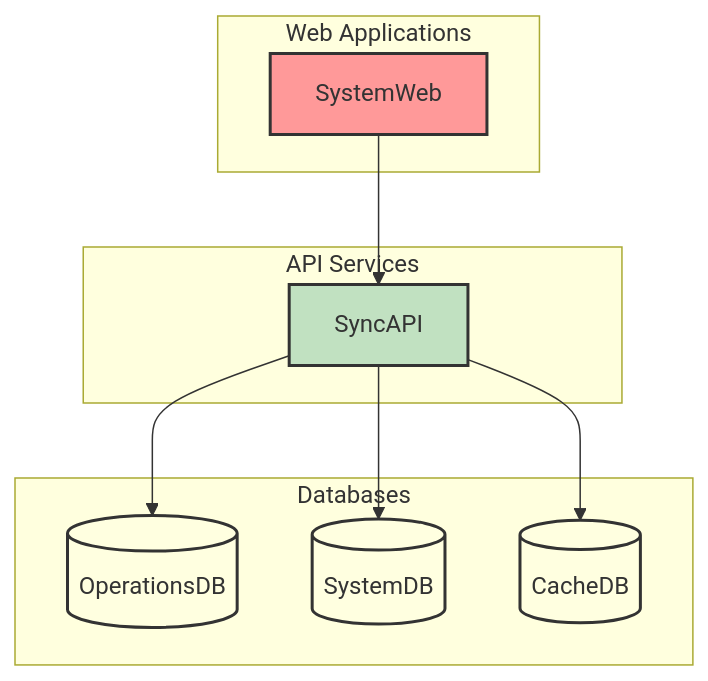
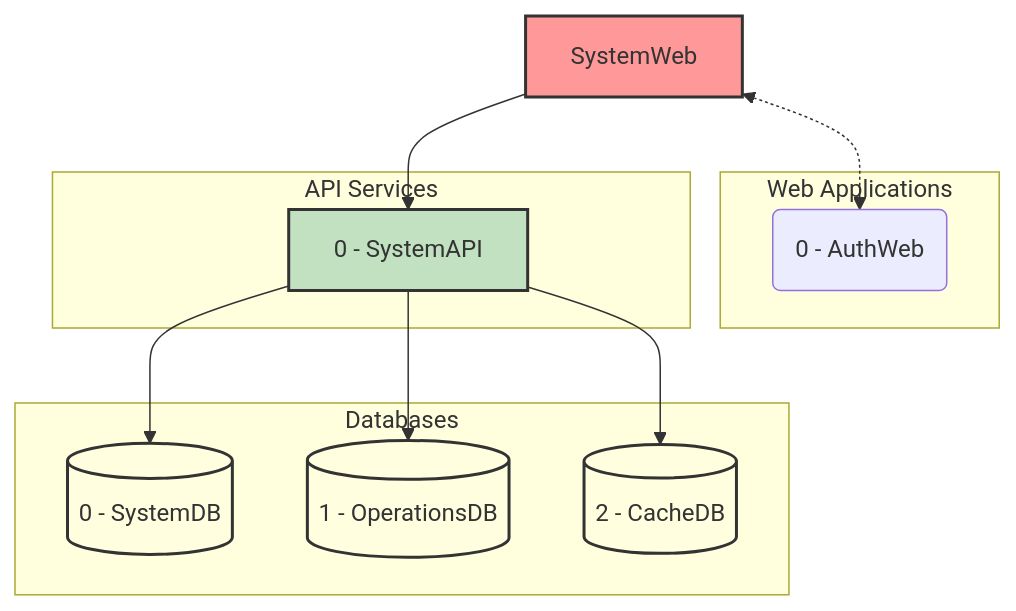
One commit to AstroBookings/.github changed the first of 2 diagrams in profile/1-analysis/5_5-astrobookings-data-synchronization-domain.md. Above: the diagram before and after it, drawn with Mermaid. The commit also changed other lines of this file, not shown here.

````diff
--- a/profile/1-analysis/5_5-astrobookings-data-synchronization-domain.md
+++ b/profile/1-analysis/5_5-astrobookings-data-synchronization-domain.md
@@ -44,32 +44,35 @@
 ```mermaid
 graph TD
     subgraph Web Applications
-        SystemWeb[SystemWeb]
+        AuthWeb(0 - AuthWeb)
     end
 
     subgraph API Services
-        SyncAPI[SyncAPI]
+        SystemAPI[0 - SystemAPI]
     end
 
     subgraph Databases
-        OperationsDB[(OperationsDB)]
-        SystemDB[(SystemDB)]
-        CacheDB[(CacheDB)]
+        SystemDB[(0 - SystemDB)]
+        OperationsDB[(1 - OperationsDB)]
+        CacheDB[(2 - CacheDB)]
     end
 
+    %% Web to Web connections
+    SystemWeb <-.-> AuthWeb
+
     %% Web to API connections
-    SystemWeb --> SyncAPI
+    SystemWeb --> SystemAPI
 
     %% API to Database connections
-    SyncAPI --> OperationsDB
-    SyncAPI --> SystemDB
-    SyncAPI --> CacheDB
+    SystemAPI --> OperationsDB
+    SystemAPI --> SystemDB
+    SystemAPI --> CacheDB
 
     %% Style
     classDef web fill:#FF9999,stroke:#333,stroke-width:2px;
     classDef api fill:#C1E1C1,stroke:#333,stroke-width:2px;
     classDef db fill:#FFFFE0,stroke:#333,stroke-width:2px;
     class SystemWeb web;
-    class SyncAPI api;
+    class SystemAPI api;
     class OperationsDB,SystemDB,CacheDB db;
 ```
````
